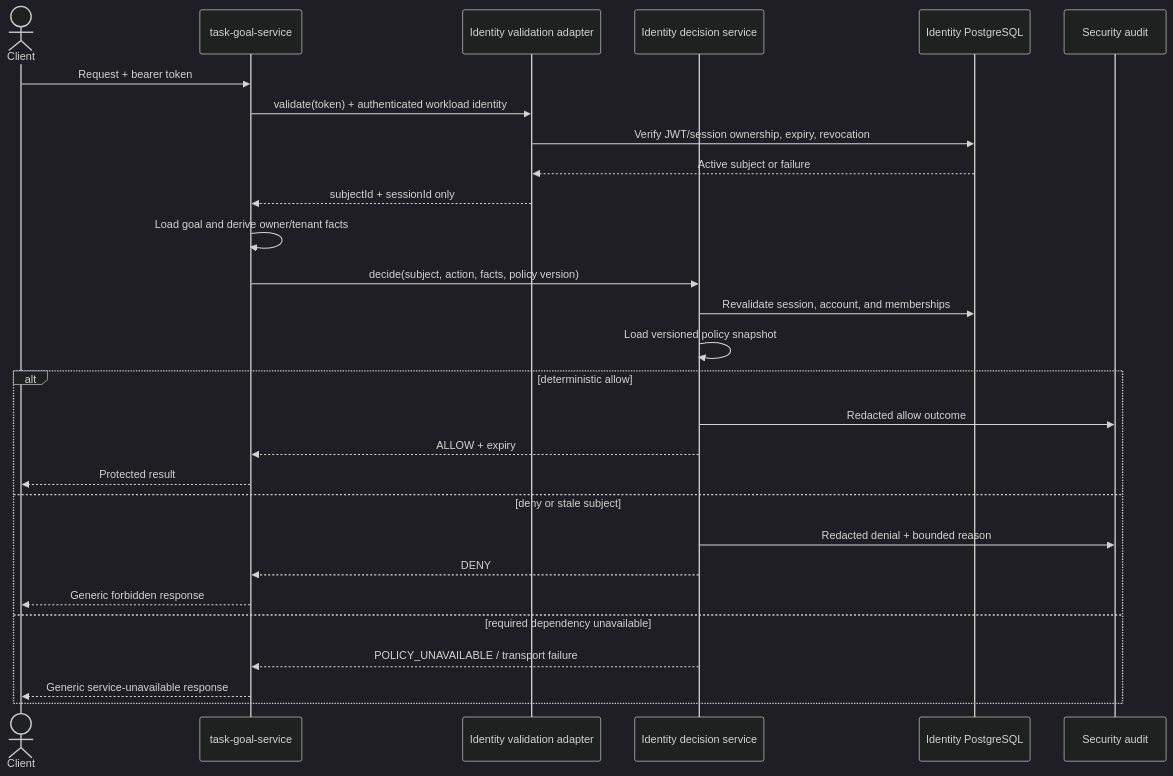
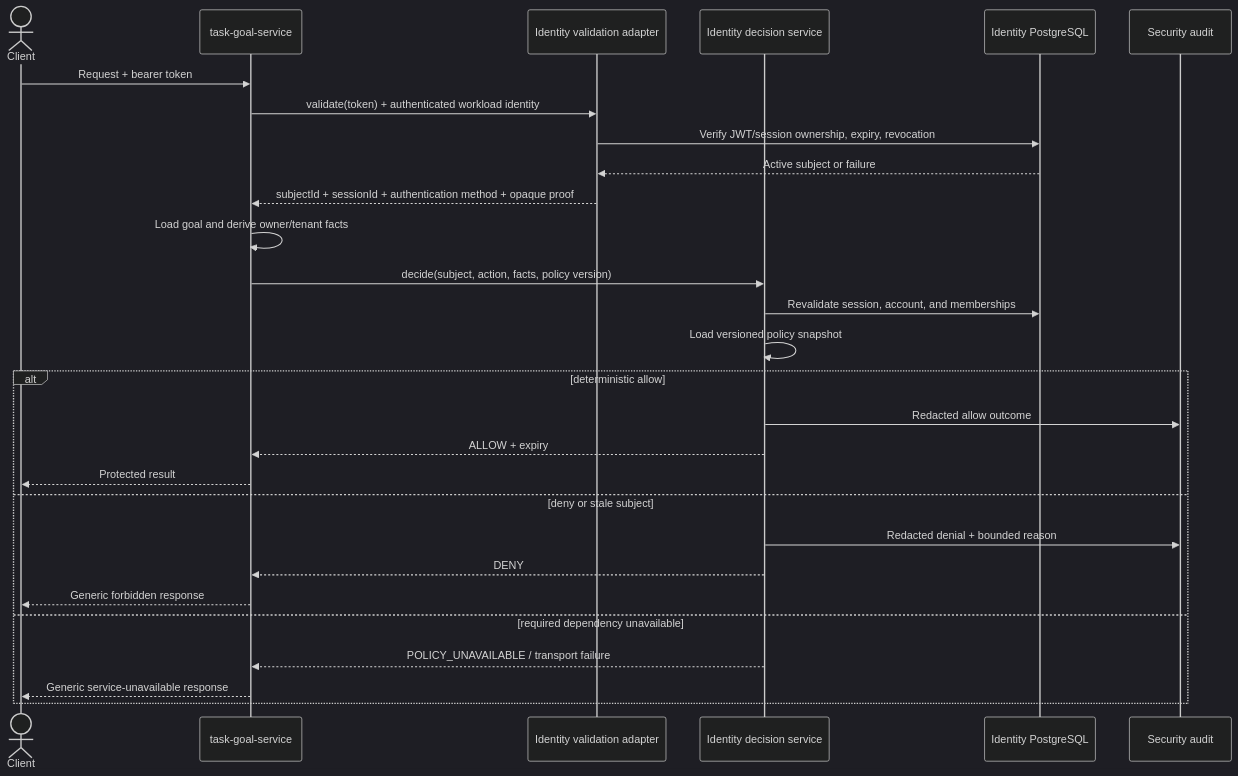
The second of 4 diagrams in docs/diagrams/identity-authorization.md (tdespenza/lifeos), drawn with Mermaid (dark theme) before and after one commit. The commit also changed other lines of this file and 52 other files, not shown here.

````diff
--- a/docs/diagrams/identity-authorization.md
+++ b/docs/diagrams/identity-authorization.md
@@ -104,31 +105,31 @@
 ```mermaid
 sequenceDiagram
     actor Client
     participant Goal as task-goal-service
     participant Validate as Identity validation adapter
     participant Authz as Identity decision service
     participant DB as Identity PostgreSQL
     participant Audit as Security audit
 
     Client->>Goal: Request + bearer token
     Goal->>Validate: validate(token) + authenticated workload identity
     Validate->>DB: Verify JWT/session ownership, expiry, revocation
     DB-->>Validate: Active subject or failure
-    Validate-->>Goal: subjectId + sessionId only
+    Validate-->>Goal: subjectId + sessionId + authentication method + opaque proof
     Goal->>Goal: Load goal and derive owner/tenant facts
     Goal->>Authz: decide(subject, action, facts, policy version)
     Authz->>DB: Revalidate session, account, and memberships
     Authz->>Authz: Load versioned policy snapshot
     alt deterministic allow
         Authz->>Audit: Redacted allow outcome
         Authz-->>Goal: ALLOW + expiry
         Goal-->>Client: Protected result
     else deny or stale subject
         Authz->>Audit: Redacted denial + bounded reason
         Authz-->>Goal: DENY
         Goal-->>Client: Generic forbidden response
     else required dependency unavailable
         Authz-->>Goal: POLICY_UNAVAILABLE / transport failure
         Goal-->>Client: Generic service-unavailable response
     end
 ```
````
